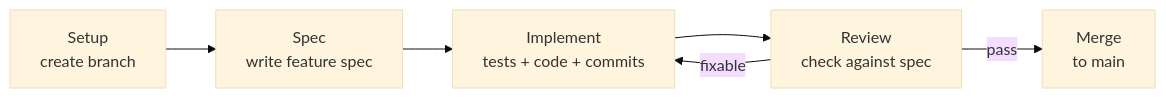
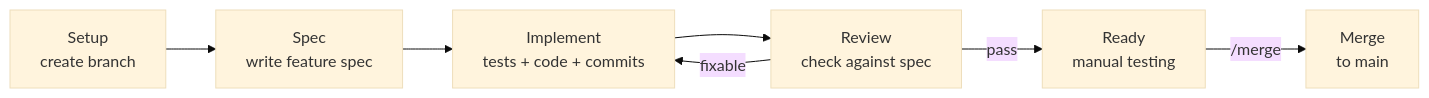
Before and after one commit to sjev/robodev: the first of 2 diagrams in README.md, drawn with Mermaid (base theme). The commit also changed other lines of this file and 2 other files, not shown here.

Commit message:
split merge from develop

````diff
--- a/README.md
+++ b/README.md
@@ -30,8 +31,9 @@
 ```mermaid
 flowchart LR
     S[Setup<br>create branch] --> SP[Spec<br>write feature spec]
     SP --> I[Implement<br>tests + code + commits]
     I --> R[Review<br>check against spec]
-    R -->|pass| M[Merge<br>to main]
+    R -->|pass| T[Ready<br>manual testing]
     R -->|fixable| I
+    T -->|/merge| M[Merge<br>to main]
 ```
````
